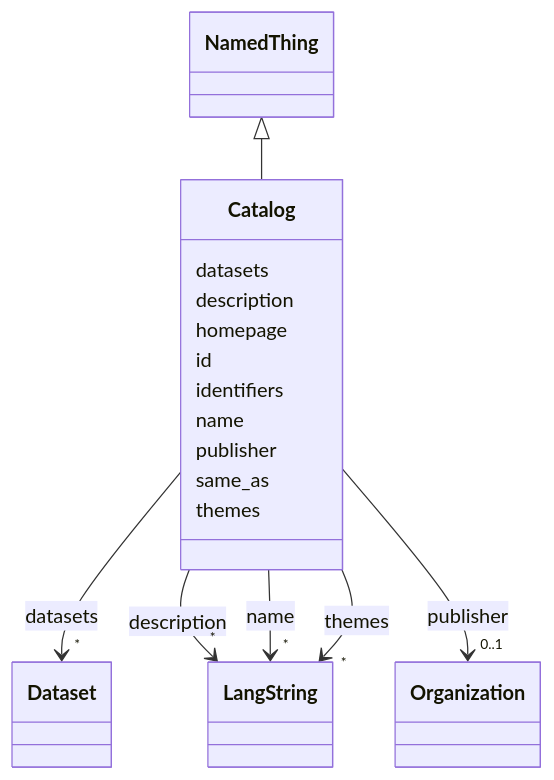
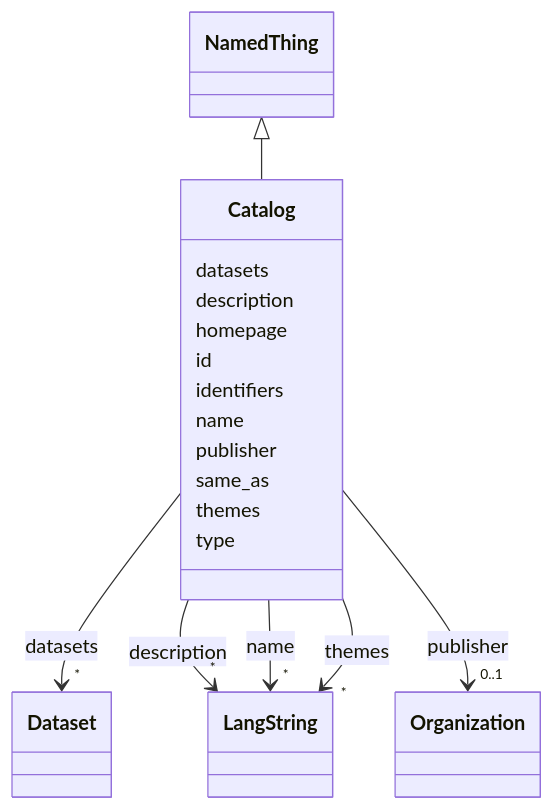
The diagram in docs/classes/Catalog.md (DARIAH-IL/idhi-manifests), drawn with Mermaid before and after one commit. The commit also changed other lines of this file and 26 other files, not shown here.

````diff
--- a/docs/classes/Catalog.md
+++ b/docs/classes/Catalog.md
@@ -23,72 +23,74 @@
 ```mermaid
  classDiagram
     class Catalog
     click Catalog href "../../classes/Catalog/"
       NamedThing <|-- Catalog
         click NamedThing href "../../classes/NamedThing/"
       
       Catalog : datasets
         
           
     
         
         
         Catalog --> "*" Dataset : datasets
         click Dataset href "../../classes/Dataset/"
     
 
         
       Catalog : description
         
           
     
         
         
         Catalog --> "*" LangString : description
         click LangString href "../../classes/LangString/"
     
 
         
       Catalog : homepage
         
       Catalog : id
         
       Catalog : identifiers
         
       Catalog : name
         
           
     
         
         
         Catalog --> "*" LangString : name
         click LangString href "../../classes/LangString/"
     
 
         
       Catalog : publisher
         
           
     
         
         
         Catalog --> "0..1" Organization : publisher
         click Organization href "../../classes/Organization/"
     
 
         
       Catalog : same_as
         
       Catalog : themes
         
           
     
         
         
         Catalog --> "*" LangString : themes
         click LangString href "../../classes/LangString/"
     
 
         
+      Catalog : type
+        
       
 ```
````
